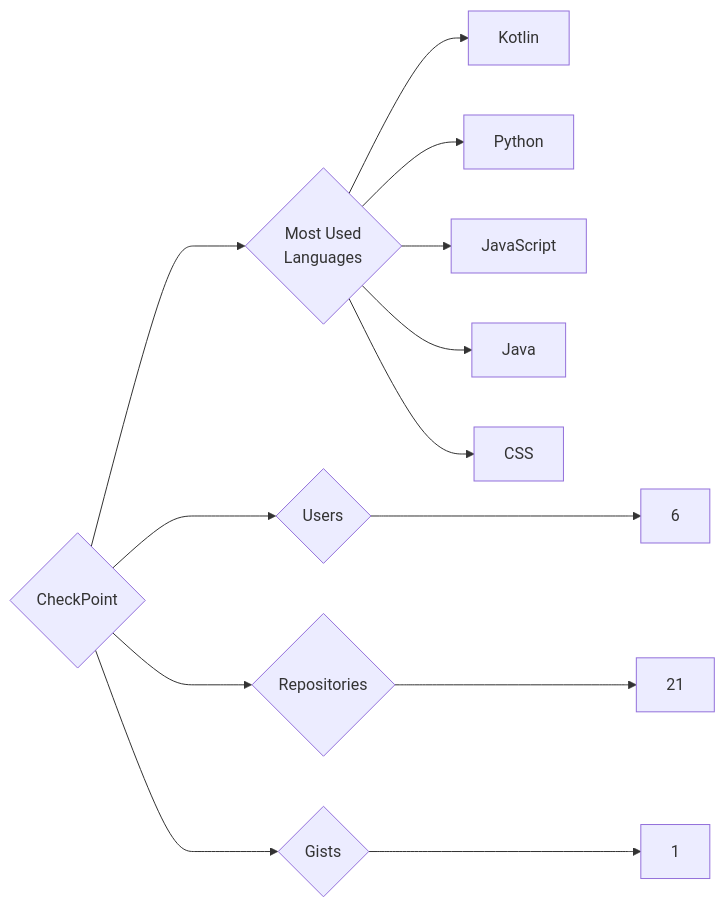
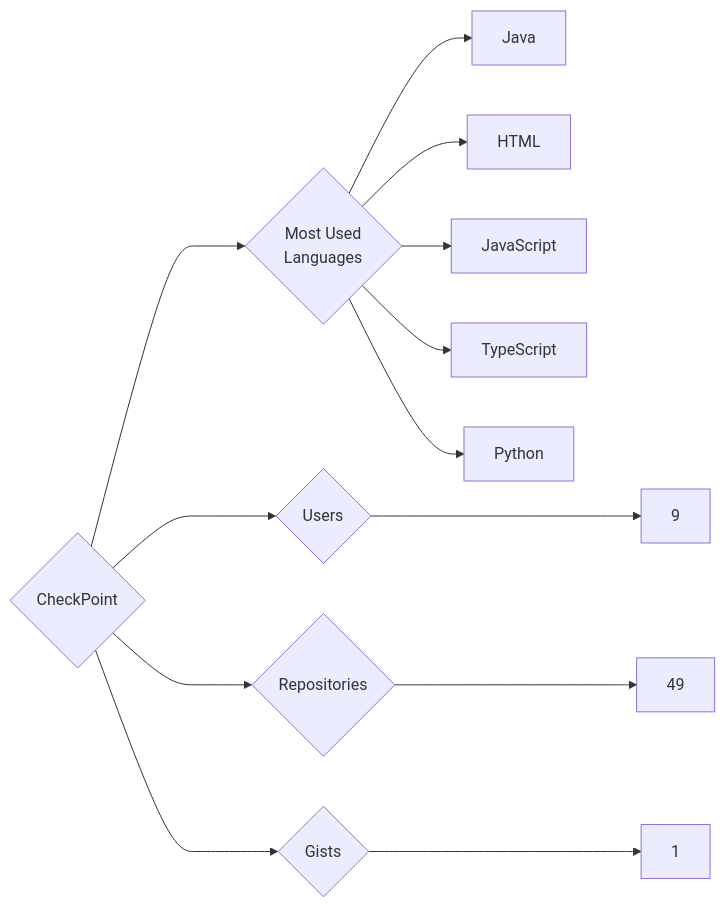
The diagram in targets/CheckPoint/README.md (trickest/insiders), drawn with Mermaid before and after one commit. The commit also changed 880 other files, not shown here.

````diff
--- a/targets/CheckPoint/README.md
+++ b/targets/CheckPoint/README.md
@@ -3,13 +3,13 @@
 ```mermaid
 graph LR
 COMPANY_NAME{CheckPoint}
-COMPANY_NAME ---> U{Users} ---> UN[6]
-COMPANY_NAME ---> R{Repositories} ---> RN[21]
+COMPANY_NAME ---> U{Users} ---> UN[9]
+COMPANY_NAME ---> R{Repositories} ---> RN[49]
 COMPANY_NAME ---> G{Gists} ---> GN[1]
 COMPANY_NAME ---> ML{Most Used<br>Languages}
-ML --> Kotlin[Kotlin]
+ML --> Java[Java]
+ML --> HTML[HTML]
+ML --> JavaScript[JavaScript]
+ML --> TypeScript[TypeScript]
 ML --> Python[Python]
-ML --> JavaScript[JavaScript]
-ML --> Java[Java]
-ML --> CSS[CSS]
 ```
````
